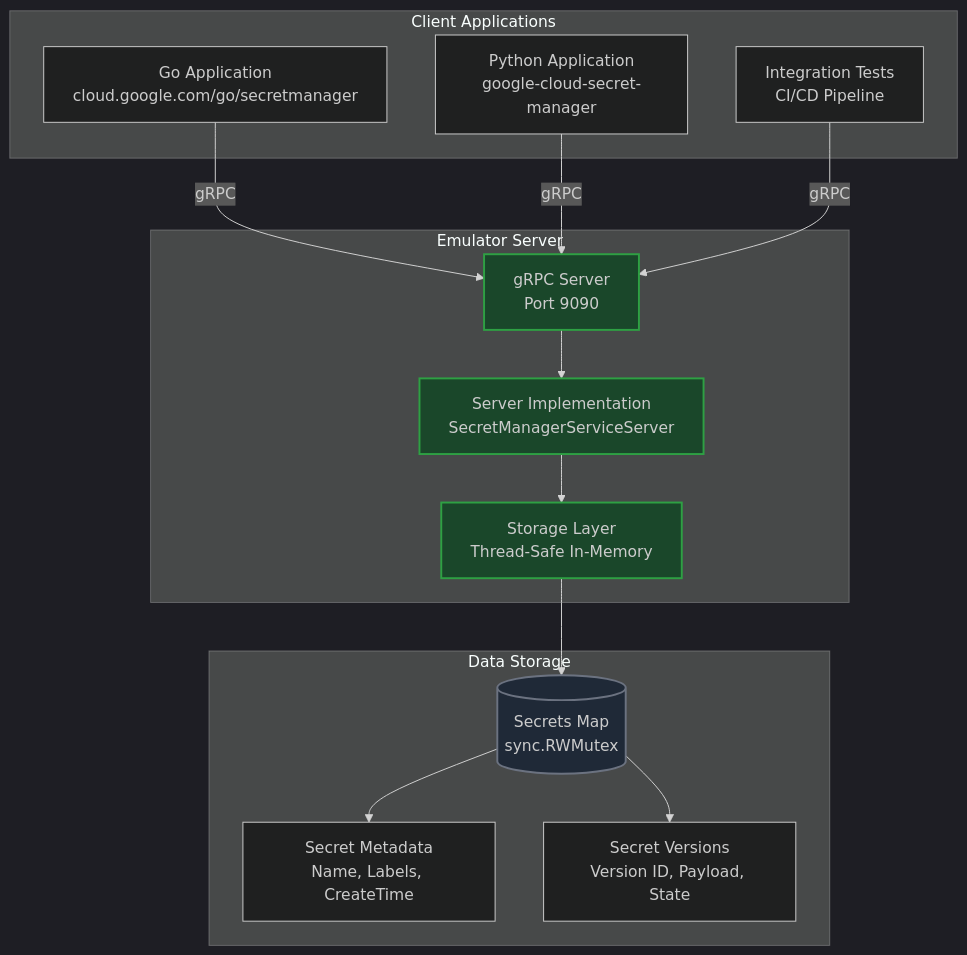
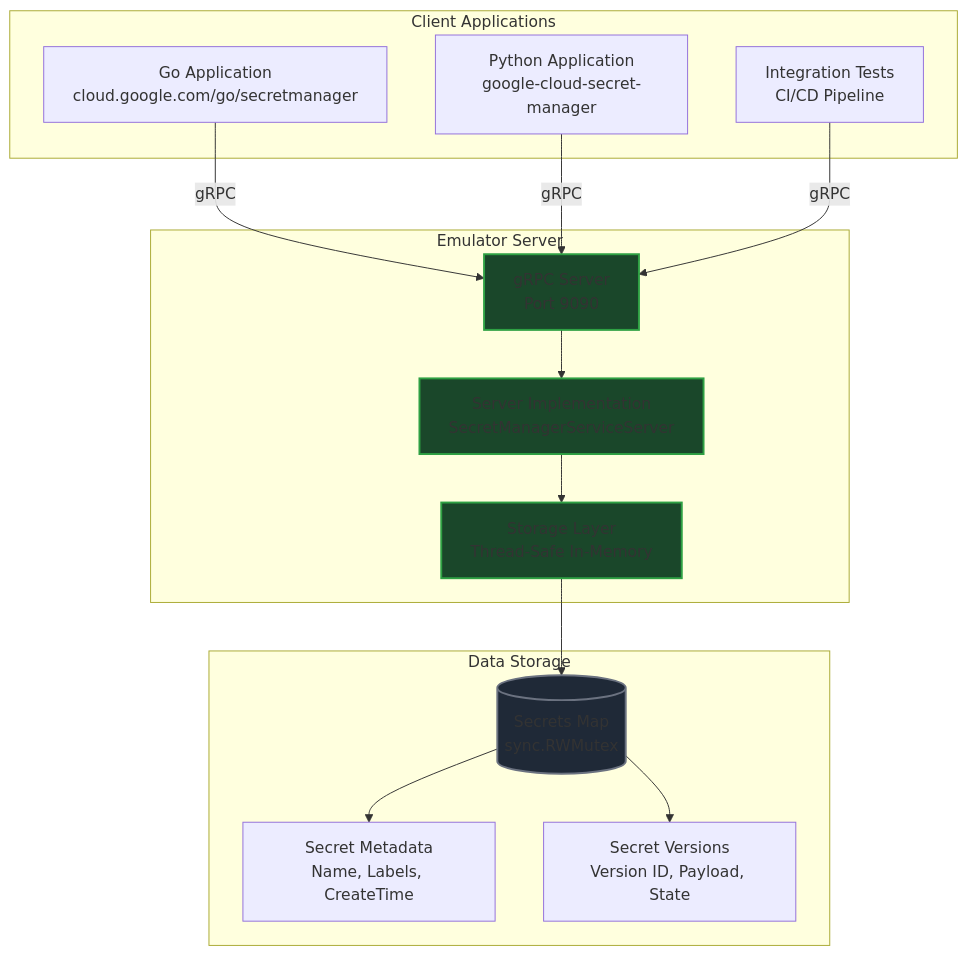
The first of 12 diagrams in ARCHITECTURE.md (blackwell-systems/gcp-secret-manager-emulator), drawn with Mermaid before and after one commit. The commit also changed other lines of this file, not shown here.

First line of the commit message:
Fix Mermaid diagram syntax for GitHub rendering

````diff
--- a/ARCHITECTURE.md
+++ b/ARCHITECTURE.md
@@ -18,35 +18,34 @@
 ```mermaid
-%%{init: {'theme':'dark'}}%%
 graph TB
-    subgraph "Client Applications"
-        A[Go Application<br/>cloud.google.com/go/secretmanager]
-        B[Python Application<br/>google-cloud-secret-manager]
-        C[Integration Tests<br/>CI/CD Pipeline]
+    subgraph ClientApps["Client Applications"]
+        A["Go Application<br/>cloud.google.com/go/secretmanager"]
+        B["Python Application<br/>google-cloud-secret-manager"]
+        C["Integration Tests<br/>CI/CD Pipeline"]
     end
 
-    subgraph "Emulator Server"
-        D[gRPC Server<br/>Port 9090]
-        E[Server Implementation<br/>SecretManagerServiceServer]
-        F[Storage Layer<br/>Thread-Safe In-Memory]
+    subgraph EmulatorServer["Emulator Server"]
+        D["gRPC Server<br/>Port 9090"]
+        E["Server Implementation<br/>SecretManagerServiceServer"]
+        F["Storage Layer<br/>Thread-Safe In-Memory"]
     end
 
-    subgraph "Data Storage"
-        G[(Secrets Map<br/>sync.RWMutex)]
-        H[Secret Metadata<br/>Name, Labels, CreateTime]
-        I[Secret Versions<br/>Version ID, Payload, State]
+    subgraph DataStorage["Data Storage"]
+        G[("Secrets Map<br/>sync.RWMutex")]
+        H["Secret Metadata<br/>Name, Labels, CreateTime"]
+        I["Secret Versions<br/>Version ID, Payload, State"]
     end
 
     A -->|gRPC| D
     B -->|gRPC| D
     C -->|gRPC| D
     D --> E
     E --> F
     F --> G
     G --> H
     G --> I
 
-    style D fill:#1a472a,stroke:#2ea043,stroke-width:2px
-    style E fill:#1a472a,stroke:#2ea043,stroke-width:2px
-    style F fill:#1a472a,stroke:#2ea043,stroke-width:2px
-    style G fill:#1f2937,stroke:#6b7280,stroke-width:2px
+    classDef serverClass fill:#1a472a,stroke:#2ea043,stroke-width:2px
+    classDef storageClass fill:#1f2937,stroke:#6b7280,stroke-width:2px
+    class D,E,F serverClass
+    class G storageClass
 ```
````
